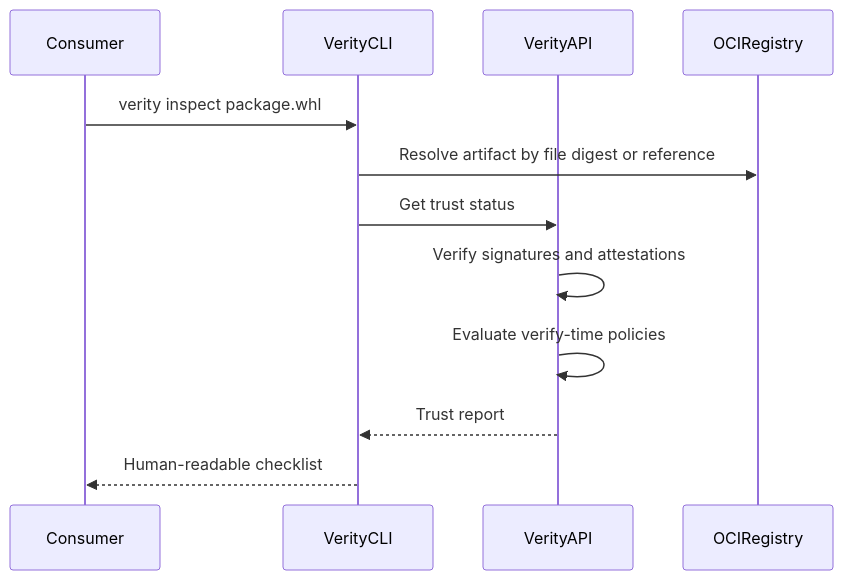
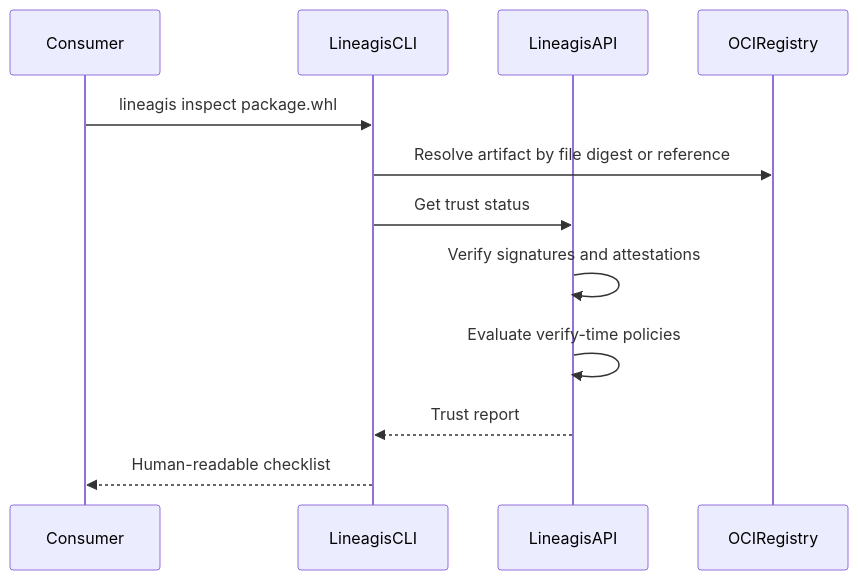
The second of 2 diagrams in docs/specs/00-overview.md (BrendenWalker/lineagis), drawn with Mermaid before and after one commit. The commit also changed other lines of this file and 135 other files, not shown here.

First line of the commit message:
Rename project from Verity to Lineagis. (#114)

````diff
--- a/docs/specs/00-overview.md
+++ b/docs/specs/00-overview.md
@@ -114,15 +114,15 @@
 ```mermaid
 sequenceDiagram
   participant Consumer
-  participant CLI as VerityCLI
-  participant API as VerityAPI
+  participant CLI as LineagisCLI
+  participant API as LineagisAPI
   participant Registry as OCIRegistry
 
-  Consumer->>CLI: verity inspect package.whl
+  Consumer->>CLI: lineagis inspect package.whl
   CLI->>Registry: Resolve artifact by file digest or reference
   CLI->>API: Get trust status
   API->>API: Verify signatures and attestations
   API->>API: Evaluate verify-time policies
   API-->>CLI: Trust report
   CLI-->>Consumer: Human-readable checklist
 ```
````
